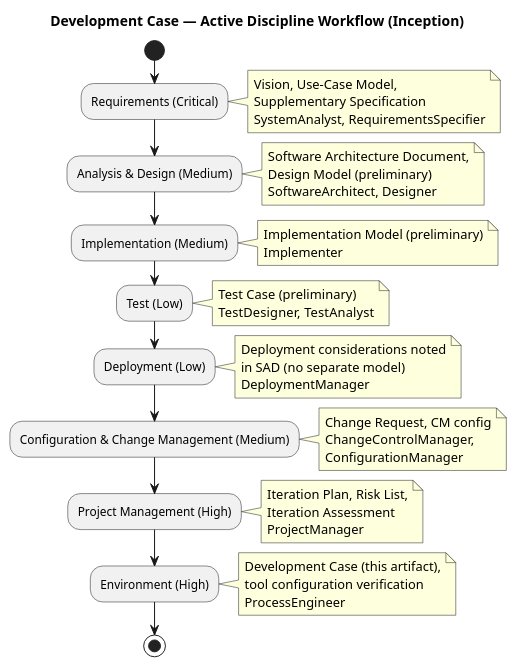
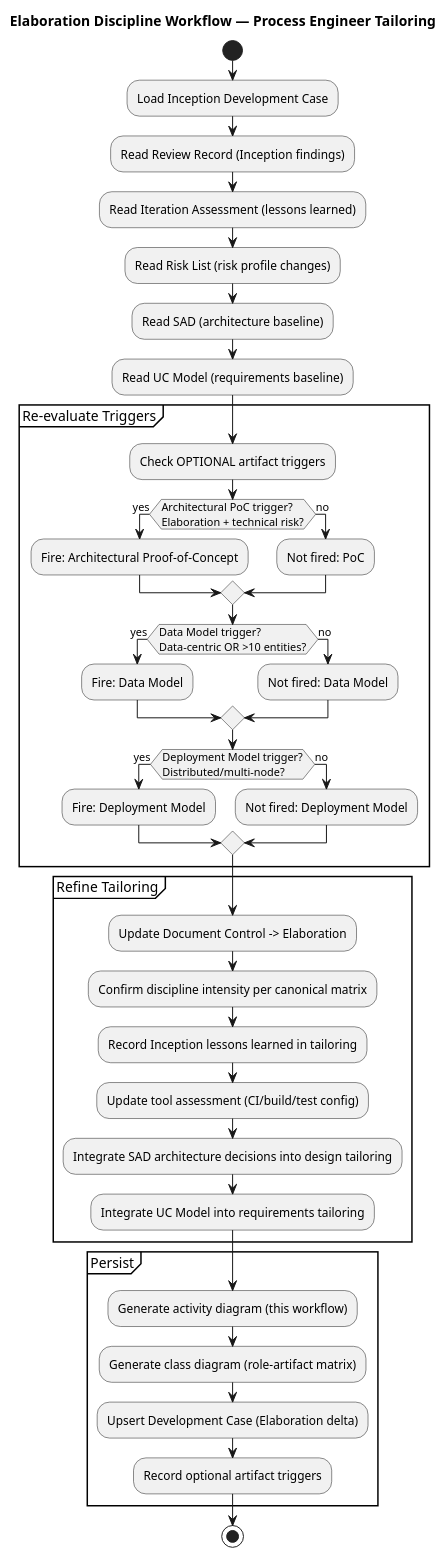
Before and after one commit to banense-test/demo-janke-lab: the first of 3 diagrams in docs/artifacts/environment/development-case.md, drawn with PlantUML. The commit also changed other lines of this file, not shown here.

First line of the commit message:
Process Engineer [E1]: upsert Development Case

````diff
--- a/docs/artifacts/environment/development-case.md
+++ b/docs/artifacts/environment/development-case.md
@@ -127,62 +115,50 @@
 ```plantuml
-@startuml DC_DisciplineWorkflow
-title Development Case — Active Discipline Workflow (Inception)
+@startuml
+title Elaboration Discipline Workflow — Process Engineer Tailoring
 
 start
-:Requirements (Critical);
-note right
-  Vision, Use-Case Model,
-  Supplementary Specification
-  SystemAnalyst, RequirementsSpecifier
-end note
+:Load Inception Development Case;
+:Read Review Record (Inception findings);
+:Read Iteration Assessment (lessons learned);
+:Read Risk List (risk profile changes);
+:Read SAD (architecture baseline);
+:Read UC Model (requirements baseline);
 
-:Analysis & Design (Medium);
-note right
-  Software Architecture Document,
-  Design Model (preliminary)
-  SoftwareArchitect, Designer
-end note
+partition "Re-evaluate Triggers" {
+  :Check OPTIONAL artifact triggers;
+  if (Architectural PoC trigger?\nElaboration + technical risk?) then (yes)
+    :Fire: Architectural Proof-of-Concept;
+  else (no)
+    :Not fired: PoC;
+  endif
+  if (Data Model trigger?\nData-centric OR >10 entities?) then (yes)
+    :Fire: Data Model;
+  else (no)
+    :Not fired: Data Model;
+  endif
+  if (Deployment Model trigger?\nDistributed/multi-node?) then (yes)
+    :Fire: Deployment Model;
+  else (no)
+    :Not fired: Deployment Model;
+  endif
+}
 
-:Implementation (Medium);
-note right
-  Implementation Model (preliminary)
-  Implementer
-end note
+partition "Refine Tailoring" {
+  :Update Document Control -> Elaboration;
+  :Confirm discipline intensity per canonical matrix;
+  :Record Inception lessons learned in tailoring;
+  :Update tool assessment (CI/build/test config);
+  :Integrate SAD architecture decisions into design tailoring;
+  :Integrate UC Model into requirements tailoring;
+}
 
-:Test (Low);
-note right
-  Test Case (preliminary)
-  TestDesigner, TestAnalyst
-end note
-
-:Deployment (Low);
-note right
-  Deployment considerations noted
-  in SAD (no separate model)
-  DeploymentManager
-end note
-
-:Configuration & Change Management (Medium);
-note right
-  Change Request, CM config
-  ChangeControlManager,
-  ConfigurationManager
-end note
-
-:Project Management (High);
-note right
-  Iteration Plan, Risk List,
-  Iteration Assessment
-  ProjectManager
-end note
-
-:Environment (High);
-note right
-  Development Case (this artifact),
-  tool configuration verification
-  ProcessEngineer
-end note
+partition "Persist" {
+  :Generate activity diagram (this workflow);
+  :Generate class diagram (role-artifact matrix);
+  :Upsert Development Case (Elaboration delta);
+  :Record optional artifact triggers;
+}
 
 stop
 @enduml
 ```
````
